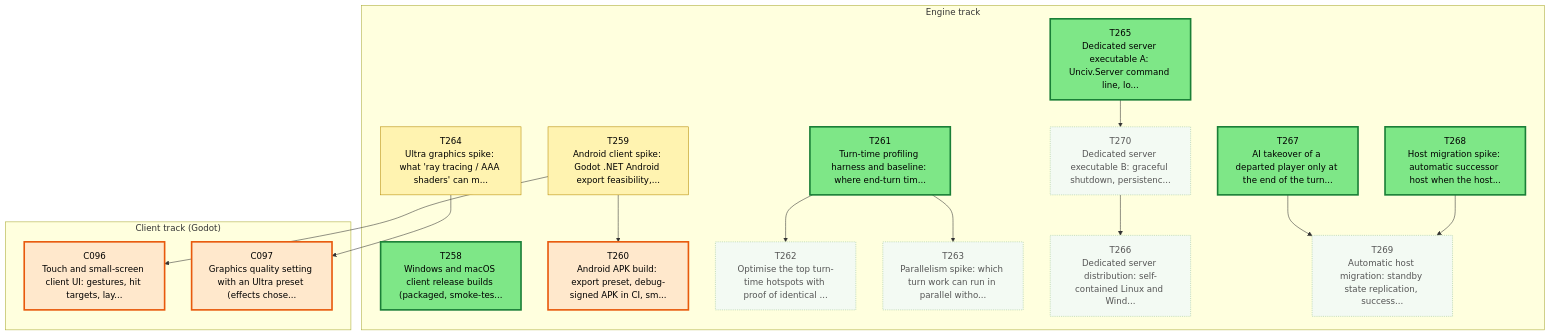
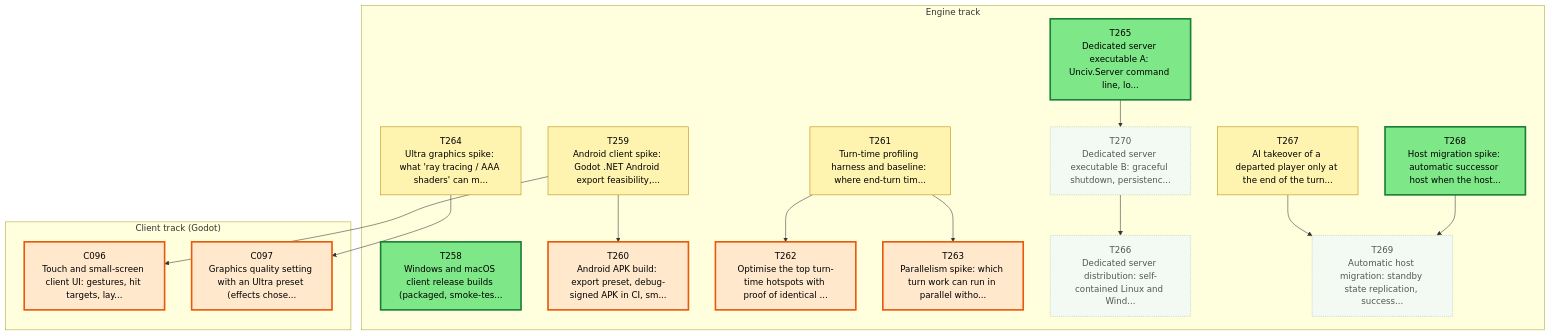
Before and after one commit to Kenmura/Unciv: the first of 3 diagrams in csharp/migration/DEPENDENCY_MAP.md, drawn with Mermaid. The commit also changed other lines of this file and 1 other file, not shown here.

````diff
--- a/csharp/migration/DEPENDENCY_MAP.md
+++ b/csharp/migration/DEPENDENCY_MAP.md
@@ -35,53 +35,53 @@
 ```mermaid
 flowchart TD
   subgraph TTRACK["Engine track"]
     T258["T258<br/>Windows and macOS client release builds (packaged, smoke-tes..."]
     T259["T259<br/>Android client spike: Godot .NET Android export feasibility,..."]
     T260["T260<br/>Android APK build: export preset, debug-signed APK in CI, sm..."]
     T261["T261<br/>Turn-time profiling harness and baseline: where end-turn tim..."]
     T262["T262<br/>Optimise the top turn-time hotspots with proof of identical ..."]
     T263["T263<br/>Parallelism spike: which turn work can run in parallel witho..."]
     T264["T264<br/>Ultra graphics spike: what 'ray tracing / AAA shaders' can m..."]
     T265["T265<br/>Dedicated server executable A: Unciv.Server command line, lo..."]
     T266["T266<br/>Dedicated server distribution: self-contained Linux and Wind..."]
     T267["T267<br/>AI takeover of a departed player only at the end of the turn..."]
     T268["T268<br/>Host migration spike: automatic successor host when the host..."]
     T269["T269<br/>Automatic host migration: standby state replication, success..."]
     T270["T270<br/>Dedicated server executable B: graceful shutdown, persistenc..."]
   end
   subgraph CTRACK["Client track (Godot)"]
     C096["C096<br/>Touch and small-screen client UI: gestures, hit targets, lay..."]
     C097["C097<br/>Graphics quality setting with an Ultra preset (effects chose..."]
   end
   T259 --> T260
   T261 --> T262
   T261 --> T263
   T270 --> T266
   T268 --> T269
   T267 --> T269
   T265 --> T270
   T259 --> C096
   T264 --> C097
   classDef waiting fill:#f3faf3,stroke:#9bc49b,color:#555,stroke-dasharray:2 2
   classDef ondeck fill:#ffe8cc,stroke:#e8590c,stroke-width:3px,color:#000
   classDef ready fill:#7ee787,stroke:#1a7f37,stroke-width:3px,color:#000
   classDef prog fill:#fff3b0,stroke:#b58900,color:#000
   classDef review fill:#cfe4ff,stroke:#1f6feb,color:#000
   classDef blocked fill:#ffd6d6,stroke:#c62828,color:#000
   classDef done fill:#eeeeee,stroke:#999999,color:#666,stroke-dasharray:4 3
   class C096 ondeck
   class C097 ondeck
   class T258 ready
   class T259 prog
   class T260 ondeck
-  class T261 ready
-  class T262 waiting
-  class T263 waiting
+  class T261 prog
+  class T262 ondeck
+  class T263 ondeck
   class T264 prog
   class T265 ready
   class T266 waiting
-  class T267 ready
+  class T267 prog
   class T268 ready
   class T269 waiting
   class T270 waiting
 ```
````
